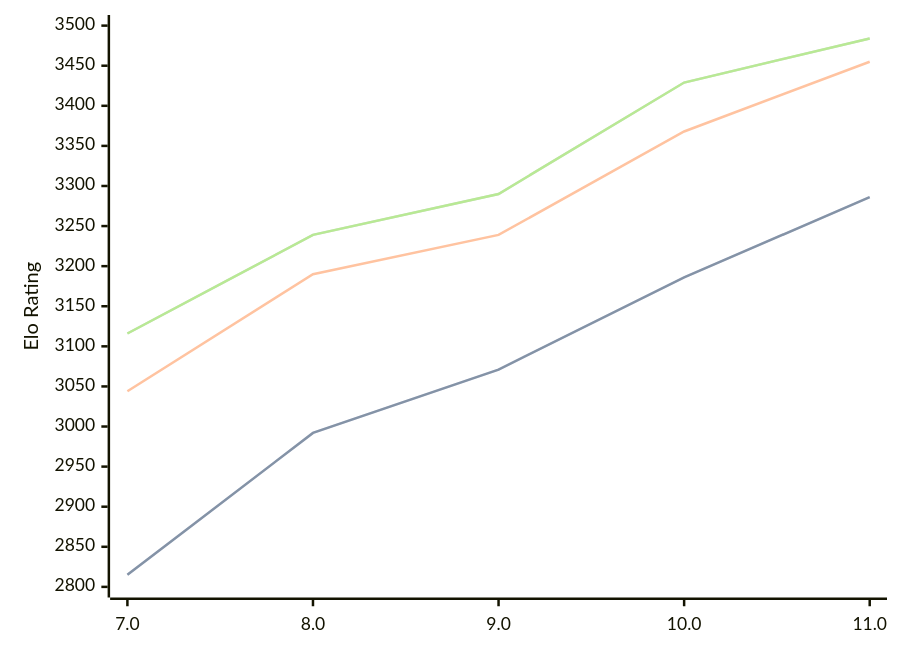
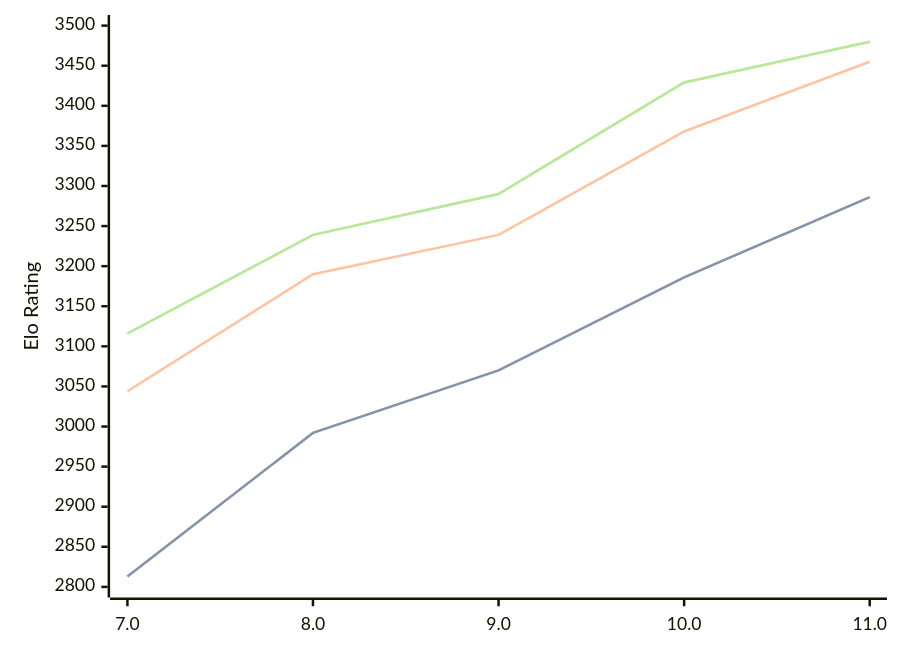
The diagram in engines/Tcheran.md (computer-chess-index/cci), drawn with Mermaid before and after one commit. The commit also changed other lines of this file, not shown here.

Commit message:
Update CCI Ratings (ELO VLTC) - 2026-02-27

````diff
--- a/engines/Tcheran.md
+++ b/engines/Tcheran.md
@@ -47,11 +47,11 @@
 ```mermaid
 %%{init: {"theme":"base","themeVariables":{"seriesColors:['#a3a3a3','#222221','#faa371']}}}%%
 xychart-beta
   x-axis ["7.0", "8.0", "9.0", "10.0", "11.0"]
   y-axis "Elo Rating" 2800 --> 3500
-  line "STC (8.0+0.08s)" [2815, 2992, 3071, 3186, 3286]
-  line "STC (8.0+0.08s)" [2815, 2992, 3071, 3186, 3286]
+  line "STC (8.0+0.08s)" [2813, 2992, 3070, 3186, 3286]
+  line "STC (8.0+0.08s)" [2813, 2992, 3070, 3186, 3286]
   line "LTC (60.0+0.60s)" [3044, 3190, 3239, 3368, 3455]
-  line "VLTC (2m24s+1.12s)" [3116, 3239, 3290, 3429, 3484]
-  line "VLTC (2m24s+1.12s)" [3116, 3239, 3290, 3429, 3484]
+  line "VLTC (2m24s+1.12s)" [3116, 3239, 3290, 3429, 3480]
+  line "VLTC (2m24s+1.12s)" [3116, 3239, 3290, 3429, 3480]
 ```
````
